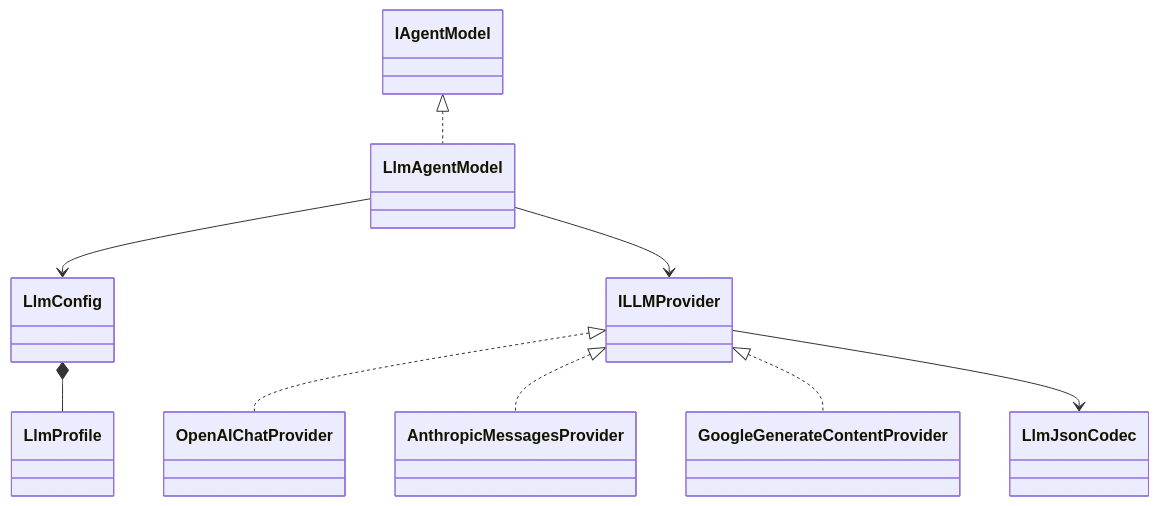
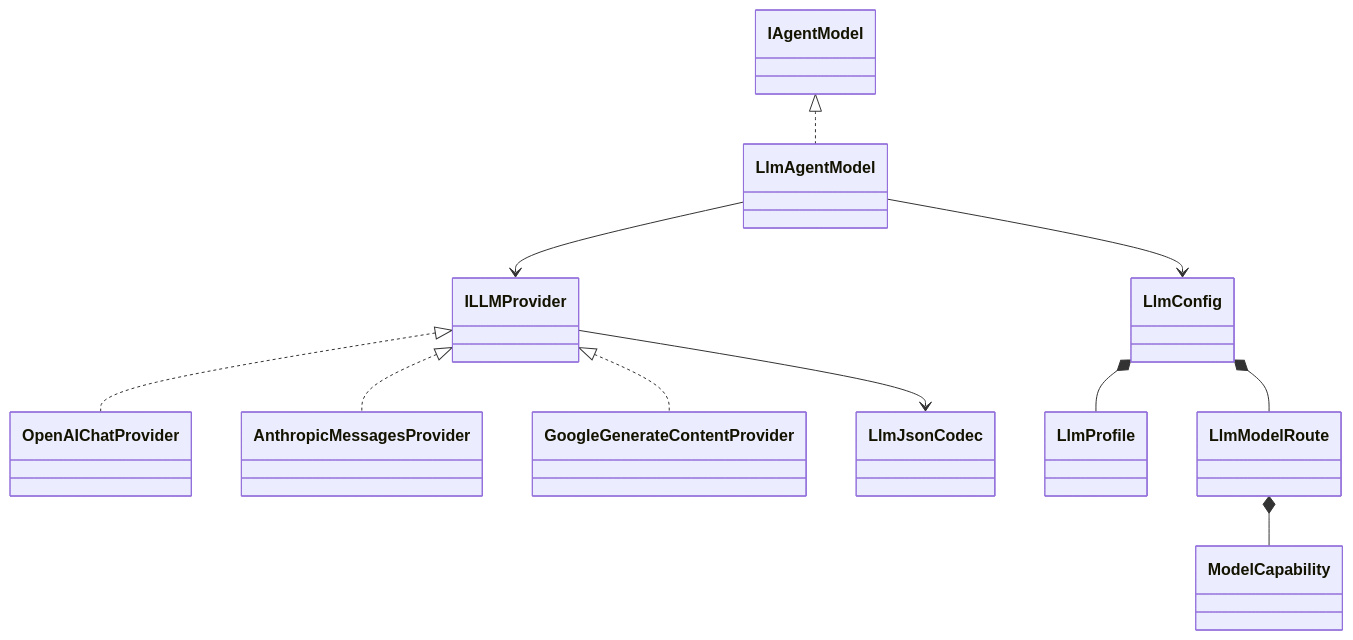
Before and after one commit to E5presso/spakky-framework: the second of 2 diagrams in plugins/spakky-llm/README.md, drawn with Mermaid. The commit also changed other lines of this file and 52 other files, not shown here.

Commit message:
feat(llm): add operator model catalog and Vertex routing

````diff
--- a/plugins/spakky-llm/README.md
+++ b/plugins/spakky-llm/README.md
@@ -22,11 +51,13 @@
 ```mermaid
 classDiagram
     IAgentModel <|.. LlmAgentModel
     LlmAgentModel --> LlmConfig
     LlmAgentModel --> ILLMProvider
     ILLMProvider <|.. OpenAIChatProvider
     ILLMProvider <|.. AnthropicMessagesProvider
     ILLMProvider <|.. GoogleGenerateContentProvider
     ILLMProvider --> LlmJsonCodec
     LlmConfig *-- LlmProfile
+    LlmConfig *-- LlmModelRoute
+    LlmModelRoute *-- ModelCapability
 ```
````
